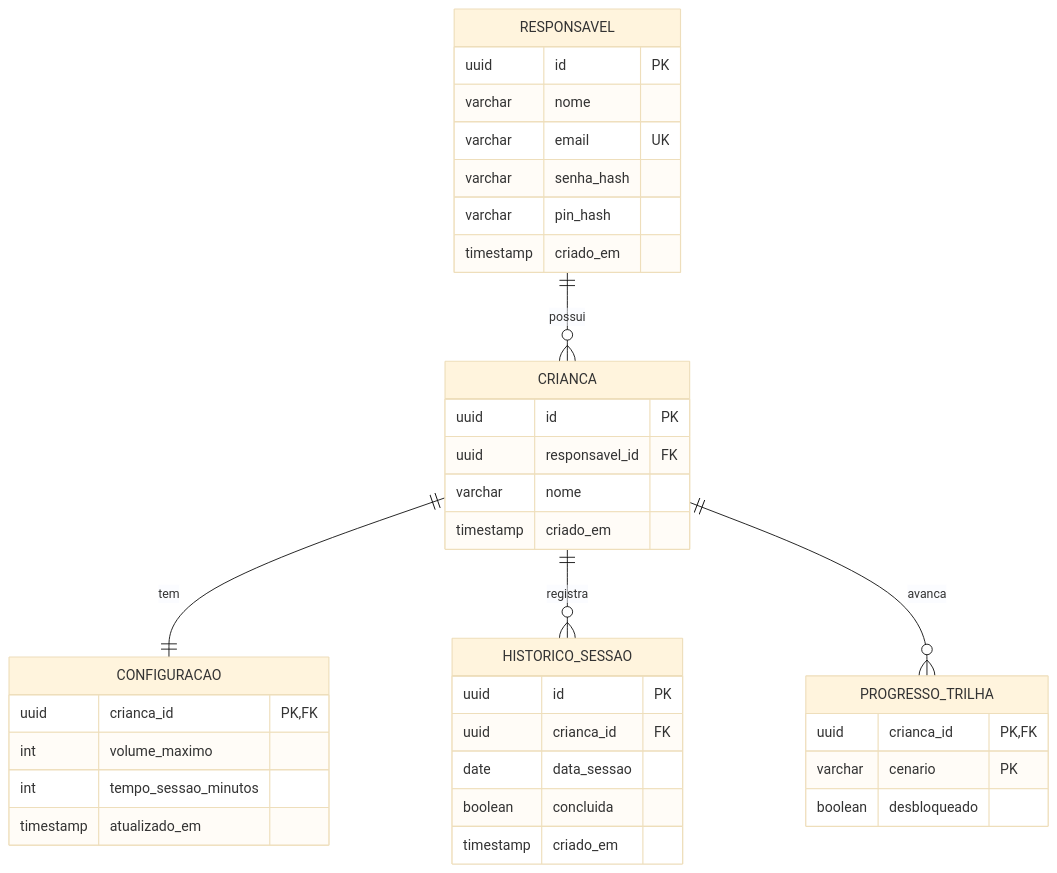
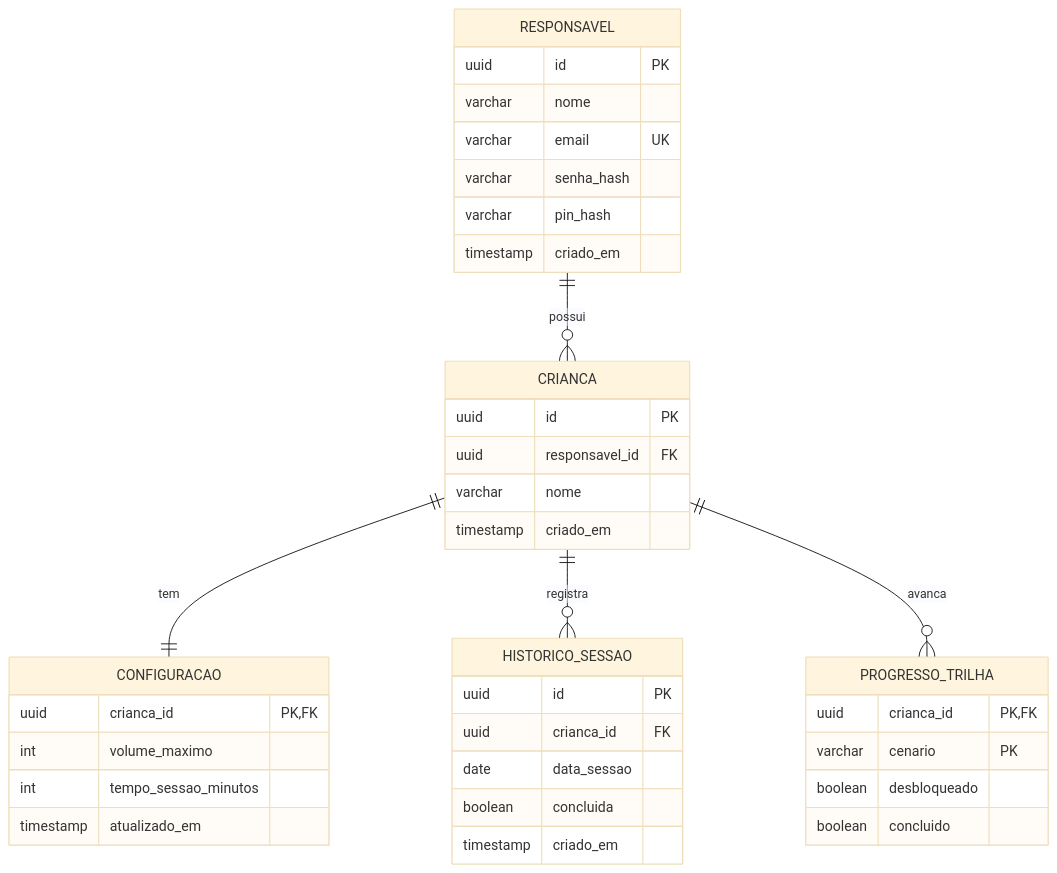
One commit to lanamaiumy/ludo changed the diagram in docs/arquitetura.md. Above: the diagram before and after it, drawn with Mermaid (base theme). The commit also changed other lines of this file, not shown here.

````diff
--- a/docs/arquitetura.md
+++ b/docs/arquitetura.md
@@ -158,44 +167,45 @@
 ```mermaid
 erDiagram
     RESPONSAVEL ||--o{ CRIANCA : possui
     CRIANCA ||--|| CONFIGURACAO : tem
     CRIANCA ||--o{ HISTORICO_SESSAO : registra
     CRIANCA ||--o{ PROGRESSO_TRILHA : avanca
 
     RESPONSAVEL {
         uuid id PK
         varchar nome
         varchar email UK
         varchar senha_hash
         varchar pin_hash
         timestamp criado_em
     }
 
     CRIANCA {
         uuid id PK
         uuid responsavel_id FK
         varchar nome
         timestamp criado_em
     }
 
     CONFIGURACAO {
         uuid crianca_id PK, FK
         int volume_maximo
         int tempo_sessao_minutos
         timestamp atualizado_em
     }
 
     HISTORICO_SESSAO {
         uuid id PK
         uuid crianca_id FK
         date data_sessao
         boolean concluida
         timestamp criado_em
     }
 
     PROGRESSO_TRILHA {
         uuid crianca_id PK, FK
         varchar cenario PK
         boolean desbloqueado
+        boolean concluido
     }
 ```
````
